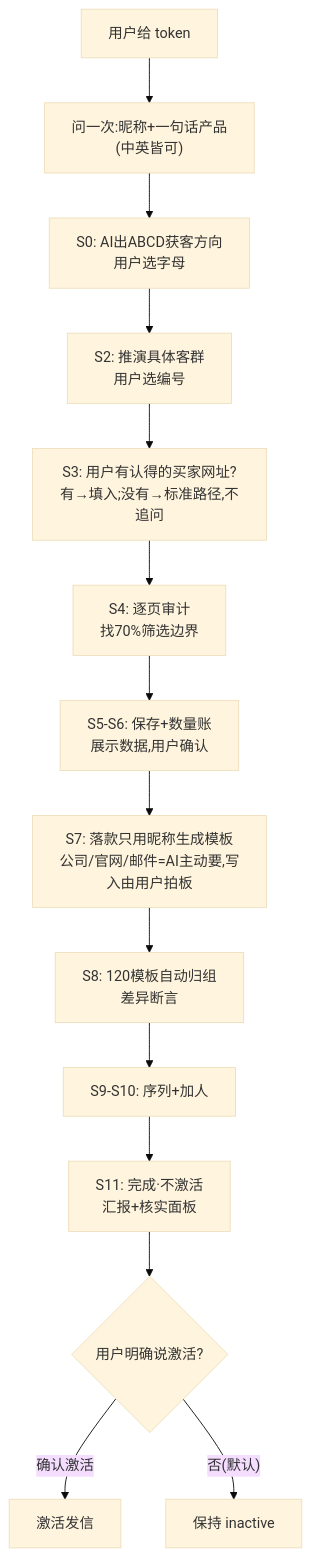
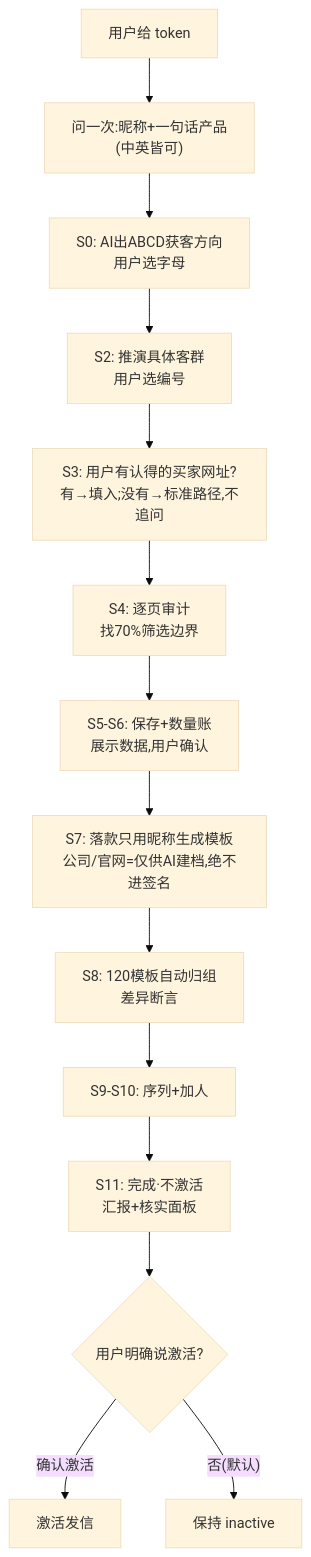
One commit to tony-apan/laifaxin-b2b-sales changed the diagram in SKILL.md. Above: the diagram before and after it, drawn with Mermaid (base theme). The commit also changed other lines of this file and 8 other files, not shown here.

````diff
--- a/SKILL.md
+++ b/SKILL.md
@@ -25,16 +25,16 @@
 ```mermaid
 flowchart TD
     T["用户给 token"] --> N["问一次:昵称+一句话产品<br/>(中英皆可)"]
     N --> S0["S0: AI出ABCD获客方向<br/>用户选字母"]
     S0 --> S2["S2: 推演具体客群<br/>用户选编号"]
     S2 --> S3["S3: 用户有认得的买家网址?<br/>有→填入;没有→标准路径,不追问"]
     S3 --> S4["S4: 逐页审计<br/>找70%筛选边界"]
     S4 --> S5["S5-S6: 保存+数量账<br/>展示数据,用户确认"]
-    S5 --> S7["S7: 落款只用昵称生成模板<br/>公司/官网/邮件=AI主动要,写入由用户拍板"]
+    S5 --> S7["S7: 落款只用昵称生成模板<br/>公司/官网=仅供AI建档,绝不进签名"]
     S7 --> S8["S8: 120模板自动归组<br/>差异断言"]
     S8 --> S9["S9-S10: 序列+加人"]
     S9 --> S11["S11: 完成·不激活<br/>汇报+核实面板"]
     S11 --> S12{"用户明确说激活?"}
     S12 -- "确认激活" --> ACT["激活发信"]
     S12 -- "否(默认)" --> WAIT["保持 inactive"]
 ```
````
